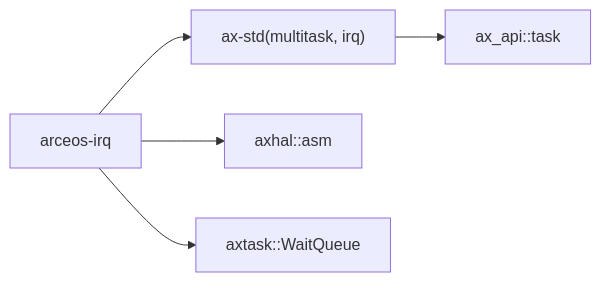
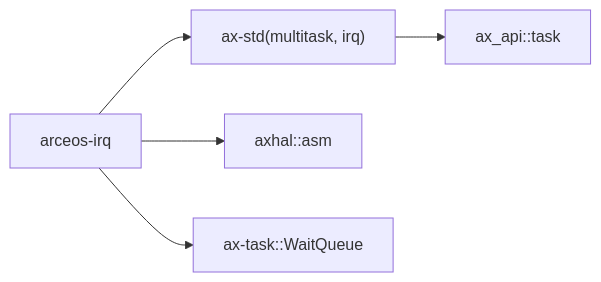
The second of 2 diagrams in docs/crates/arceos-irq.md (zKurisu/tgoskits), drawn with Mermaid before and after one commit. The commit also changed other lines of this file and 133 other files, not shown here.

Commit message:
rename axtask to ax-task

````diff
--- a/docs/crates/arceos-irq.md
+++ b/docs/crates/arceos-irq.md
@@ -88,7 +88,7 @@
 ```mermaid
 graph LR
     test["arceos-irq"] --> ax-std["ax-std(multitask, irq)"]
     test --> axhal["axhal::asm"]
-    test --> axtask["axtask::WaitQueue"]
+    test --> ax-task["ax-task::WaitQueue"]
     ax-std --> ax-api["ax_api::task"]
 ```
````
